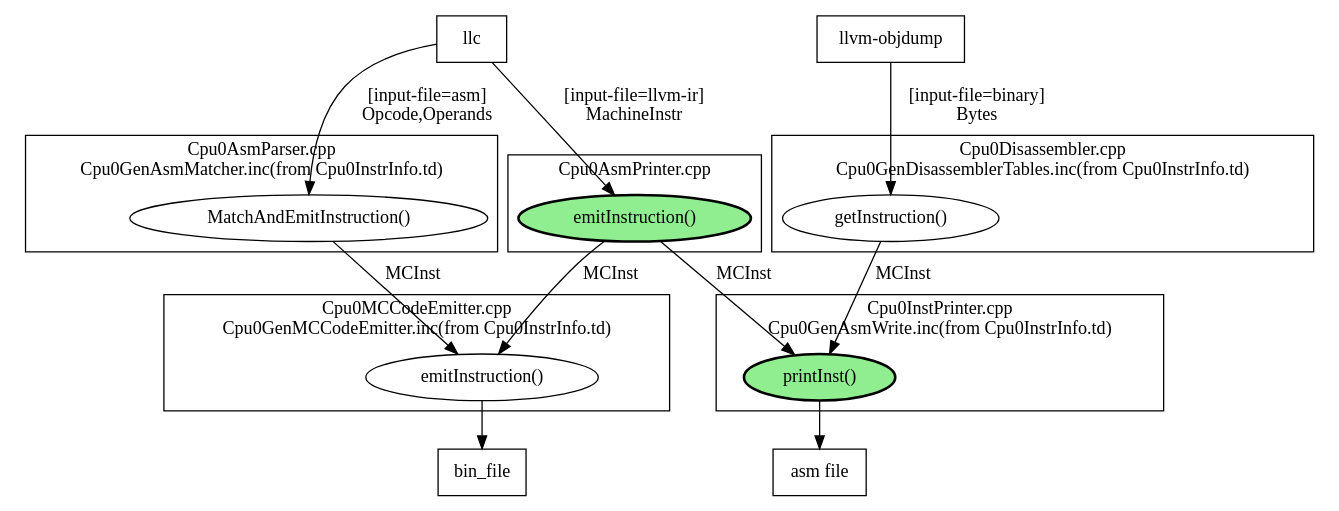
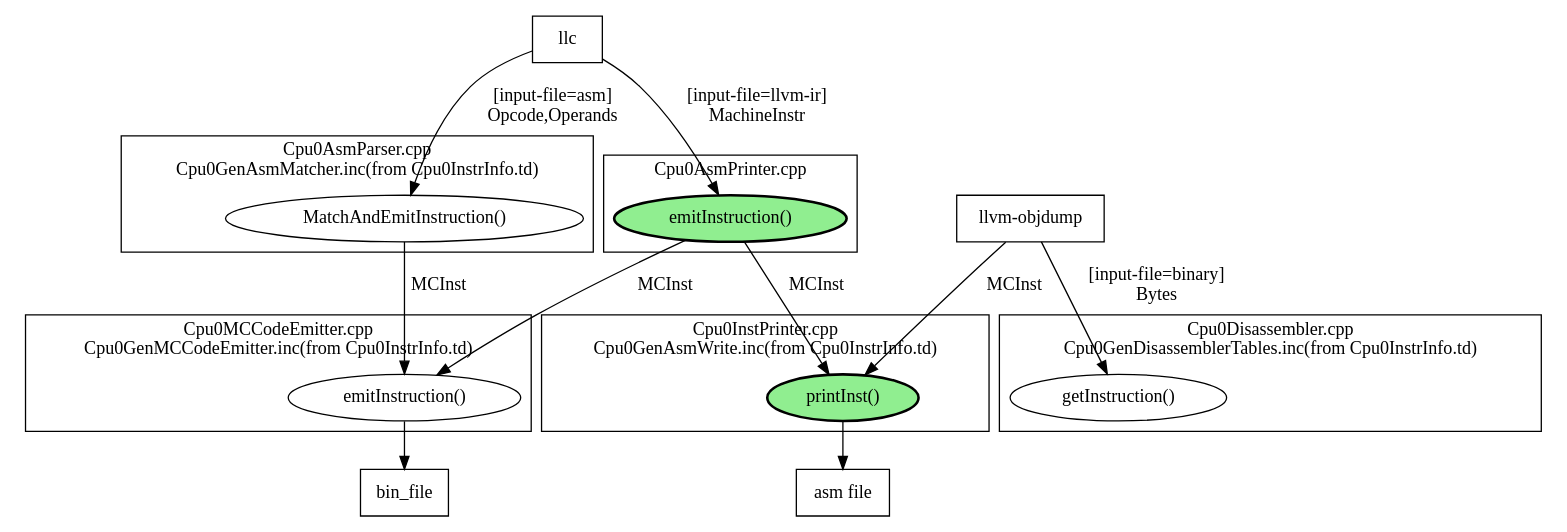
The diagram in Fig/backendstructure/cpu0-enc-struct.gv (Jonathan2251/lbd), drawn with Graphviz before and after one commit. The commit also changed 9 other files, not shown here.

```diff
--- a/Fig/backendstructure/cpu0-enc-struct.gv
+++ b/Fig/backendstructure/cpu0-enc-struct.gv
@@ -1,39 +1,39 @@
 digraph G {
   rankdir=TB;
   llc [label="llc", shape=record];
   llvm_objdump [label="llvm-objdump", shape=record];
   asm_file [label="asm file", shape=record];
   bin_file [labe="binary file", shape=record];
   llc -> EI_Asm [label="[input-file=llvm-ir]\nMachineInstr"];
   EI_Asm -> "printInst()" [label="MCInst"];
   EI_Asm -> EI_MC [label="MCInst"];
   "printInst()" -> asm_file;
   EI_MC -> bin_file;
 
   llc -> "MatchAndEmitInstruction()" [label="[input-file=asm]\nOpcode,Operands"];
   "MatchAndEmitInstruction()" -> EI_MC [label="MCInst"];
 
   llvm_objdump -> "getInstruction()" [label="[input-file=binary]\nBytes"];
-  "getInstruction()" -> "printInst()" [label="MCInst"];
+  llvm_objdump -> "printInst()" [label="MCInst"];
 
   subgraph clusterCpu0Asm {
     label = "Cpu0AsmPrinter.cpp";
     EI_Asm [label="emitInstruction()", style="filled,bold", fillcolor="lightgreen"];
   }
   subgraph clusterCpu0InstPrinter {
     label = "Cpu0InstPrinter.cpp\nCpu0GenAsmWrite.inc(from Cpu0InstrInfo.td)";
     "printInst()" [style="filled,bold", fillcolor="lightgreen"];
   }
   subgraph clusterCpu0MC {
     label = "Cpu0MCCodeEmitter.cpp\nCpu0GenMCCodeEmitter.inc(from Cpu0InstrInfo.td)";
     EI_MC [label="emitInstruction()"];
   }
   subgraph clusterCpu0AsmParser {
     label = "Cpu0AsmParser.cpp\nCpu0GenAsmMatcher.inc(from Cpu0InstrInfo.td)";
     "MatchAndEmitInstruction()";
   }
   subgraph clusterCpu0Dis {
     label = "Cpu0Disassembler.cpp\nCpu0GenDisassemblerTables.inc(from Cpu0InstrInfo.td)";
     "getInstruction()";
   }
 }
```
